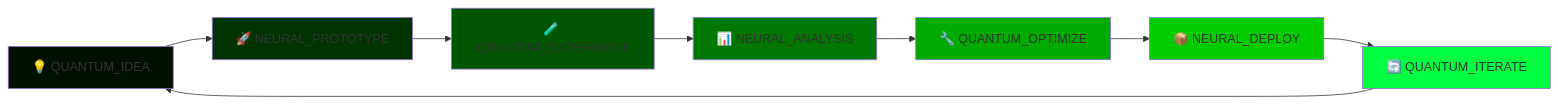
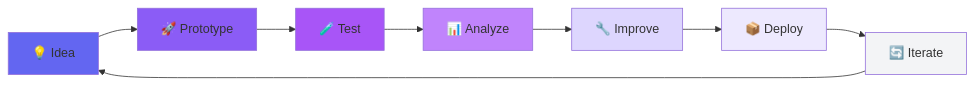
Before and after one commit to gooseprime/gooseprime: the seventh of 7 diagrams in README.md, drawn with Mermaid. The commit also changed other lines of this file, not shown here.

````diff
--- a/README.md
+++ b/README.md
@@ -329,18 +330,18 @@
 ```mermaid
 flowchart LR
-    A[💡 QUANTUM_IDEA] --> B[🚀 NEURAL_PROTOTYPE]
-    B --> C[🧪 QUANTUM_EXPERIMENT]
-    C --> D[📊 NEURAL_ANALYSIS]
-    D --> E[🔧 QUANTUM_OPTIMIZE]
-    E --> F[📦 NEURAL_DEPLOY]
-    F --> G[🔄 QUANTUM_ITERATE]
+    A[💡 Idea] --> B[🚀 Prototype]
+    B --> C[🧪 Test]
+    C --> D[📊 Analyze]
+    D --> E[🔧 Improve]
+    E --> F[📦 Deploy]
+    F --> G[🔄 Iterate]
     G --> A
     
-    style A fill:#001100
-    style B fill:#003300
-    style C fill:#005500
-    style D fill:#007700
-    style E fill:#00AA00
-    style F fill:#00CC00
-    style G fill:#00FF41
+    style A fill:#6366F1
+    style B fill:#8B5CF6
+    style C fill:#A855F7
+    style D fill:#C084FC
+    style E fill:#DDD6FE
+    style F fill:#EDE9FE
+    style G fill:#F3F4F6
 ```
````
